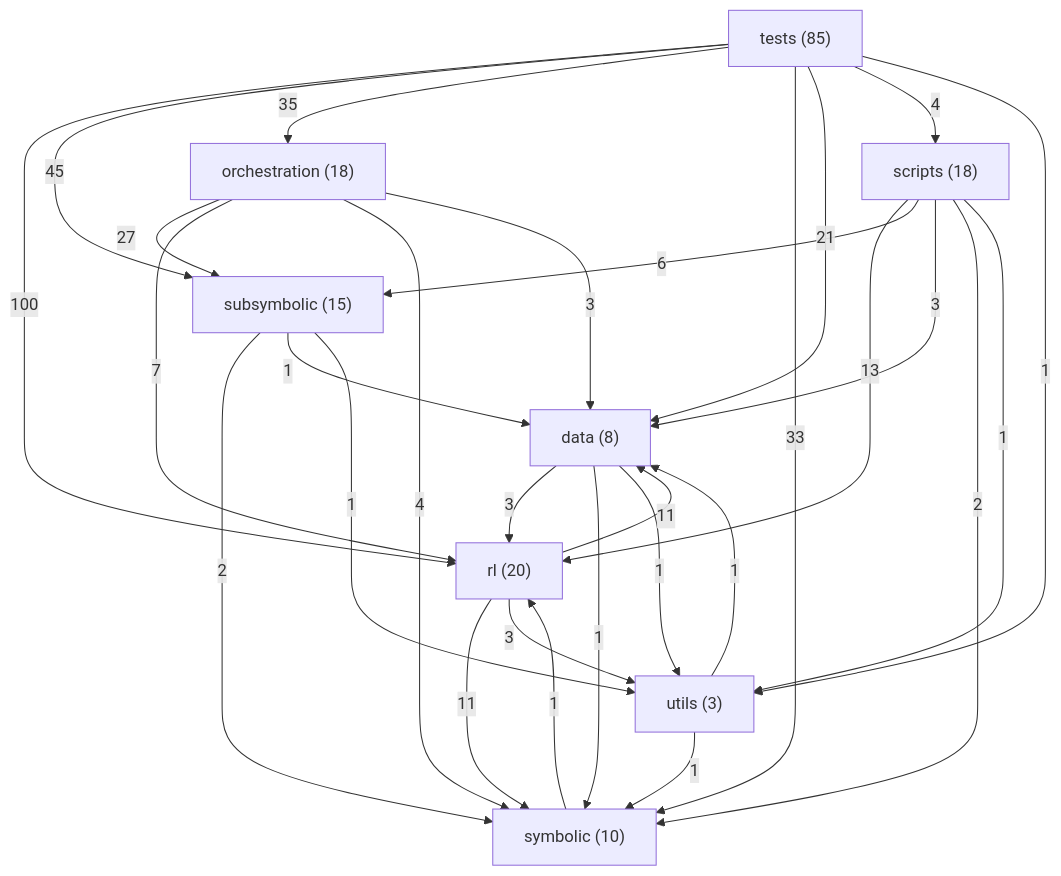
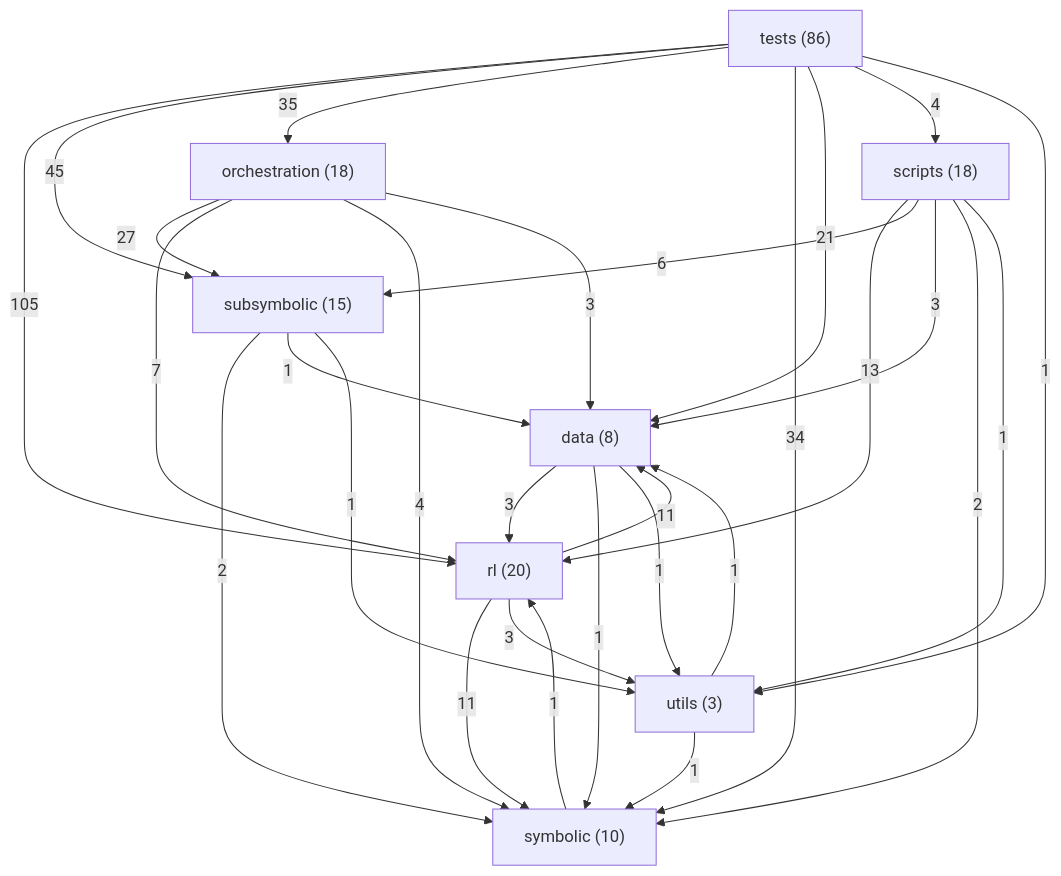
Before and after one commit to danrd/ARC-AGI: the diagram in ARCHITECTURE.md, drawn with Mermaid. The commit also changed other lines of this file and 9 other files, not shown here.

````diff
--- a/ARCHITECTURE.md
+++ b/ARCHITECTURE.md
@@ -211,39 +211,39 @@
 ```mermaid
 graph TD
   data["data (8)"]
   orchestration["orchestration (18)"]
   rl["rl (20)"]
   scripts["scripts (18)"]
   subsymbolic["subsymbolic (15)"]
   symbolic["symbolic (10)"]
-  tests["tests (85)"]
+  tests["tests (86)"]
   utils["utils (3)"]
-  tests -->|100| rl
+  tests -->|105| rl
   tests -->|45| subsymbolic
   tests -->|35| orchestration
-  tests -->|33| symbolic
+  tests -->|34| symbolic
   orchestration -->|27| subsymbolic
   tests -->|21| data
   scripts -->|13| rl
   rl -->|11| data
   rl -->|11| symbolic
   orchestration -->|7| rl
   scripts -->|6| subsymbolic
   orchestration -->|4| symbolic
   tests -->|4| scripts
   data -->|3| rl
   orchestration -->|3| data
   rl -->|3| utils
   scripts -->|3| data
   scripts -->|2| symbolic
   subsymbolic -->|2| symbolic
   data -->|1| symbolic
   data -->|1| utils
   scripts -->|1| utils
   subsymbolic -->|1| data
   subsymbolic -->|1| utils
   symbolic -->|1| rl
   tests -->|1| utils
   utils -->|1| data
   utils -->|1| symbolic
 ```
````
